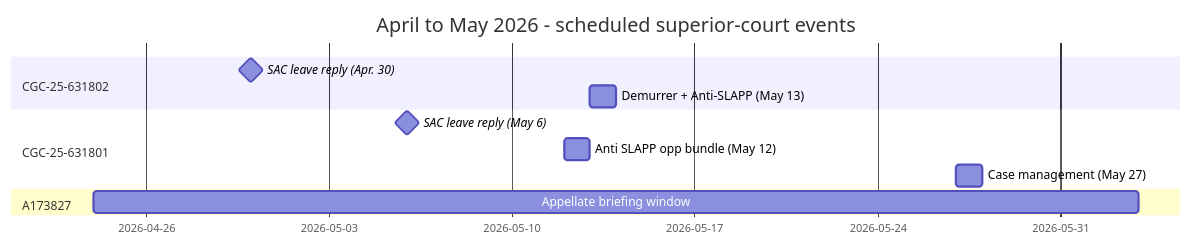
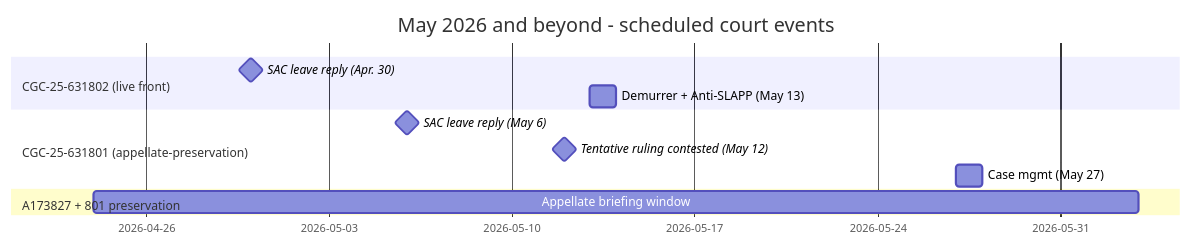
Before and after one commit to Municipal-Public-Trust-in-A-i/CSAA-ABDELHALIM-WONG-PSA-CSK: the first of 3 diagrams in README.md, drawn with Mermaid. The commit also changed other lines of this file and 34 other files, not shown here.

First line of the commit message:
Update case posture and add appellate-preservation materials for CGC-25-631801

````diff
--- a/README.md
+++ b/README.md
@@ -221,14 +267,14 @@
 ```mermaid
 gantt
-    title April to May 2026 - scheduled superior-court events
+    title May 2026 and beyond - scheduled court events
     dateFormat YYYY-MM-DD
-    section CGC-25-631802
+    section CGC-25-631802 (live front)
     SAC leave reply (Apr. 30)        :milestone, m802a, 2026-04-30, 0d
     Demurrer + Anti-SLAPP (May 13)   :m802b, 2026-05-13, 1d
-    section CGC-25-631801
+    section CGC-25-631801 (appellate-preservation)
     SAC leave reply (May 6)          :milestone, m801a, 2026-05-06, 0d
-    Anti SLAPP opp bundle (May 12)    :m801c, 2026-05-12, 1d
-    Case management (May 27)         :m801b, 2026-05-27, 1d
-    section A173827
+    Tentative ruling contested (May 12) :milestone, m801x, 2026-05-12, 0d
+    Case mgmt (May 27)               :m801b, 2026-05-27, 1d
+    section A173827 + 801 preservation
     Appellate briefing window        :a173, 2026-04-24, 40d
 ```
````
